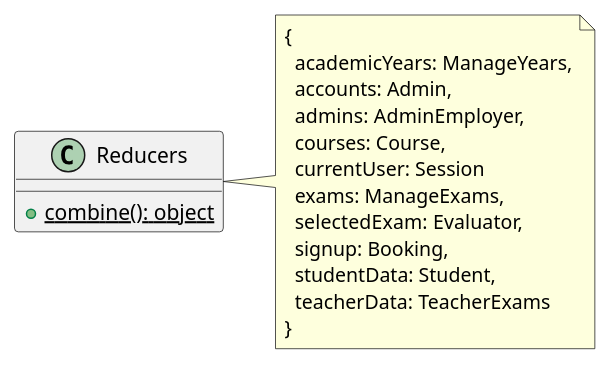
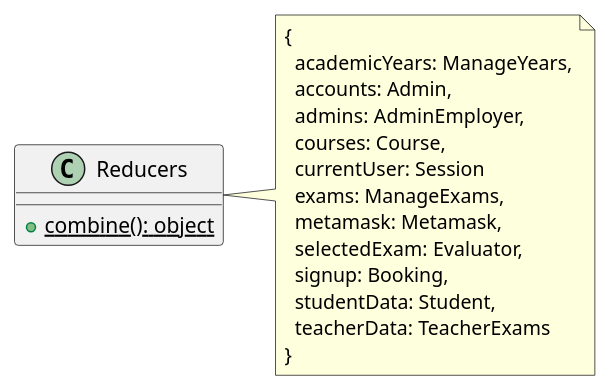
The diagram in redux/aggregators/reducers.iuml (M9k/Marvin-Uml), drawn with PlantUML before and after one commit. The commit also changed 3 other files, not shown here.

```diff
--- a/redux/aggregators/reducers.iuml
+++ b/redux/aggregators/reducers.iuml
@@ -1,17 +1,18 @@
 class Reducers{
   + {static} combine(): object
 }
 note right of Reducers
 {
   academicYears: ManageYears,
   accounts: Admin,
   admins: AdminEmployer,
   courses: Course,
   currentUser: Session
   exams: ManageExams,
+  metamask: Metamask,
   selectedExam: Evaluator,
   signup: Booking,
   studentData: Student,
   teacherData: TeacherExams
 }
 end note
```
